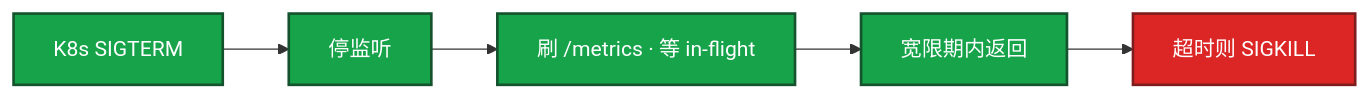
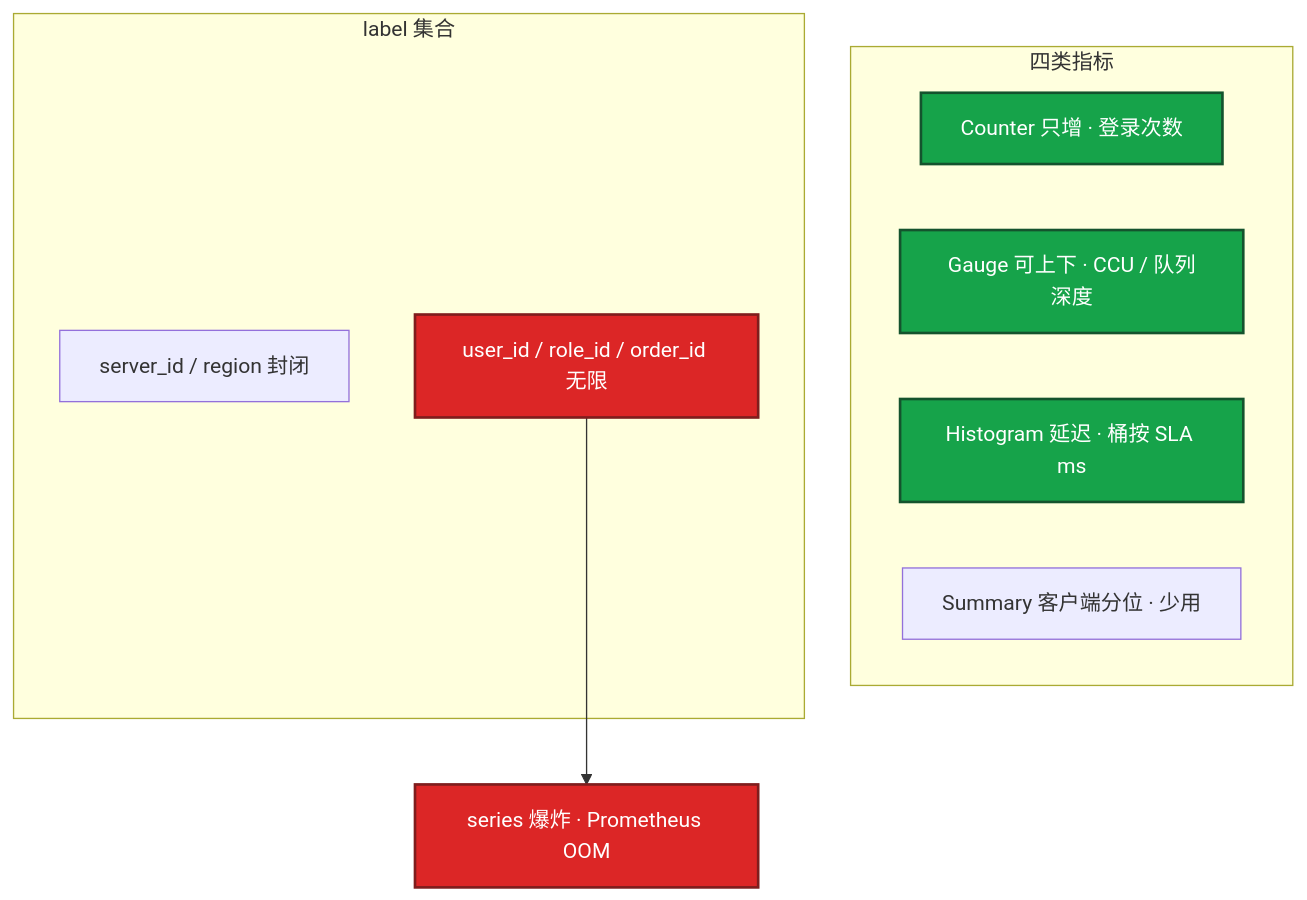
One commit to ml-cuizijun/LearnToLilith changed the third of 6 diagrams in 06-开发能力/03-Go运维工具/知识点.md. Above: the diagram before and after it, drawn with Mermaid. The commit also changed other lines of this file and 213 other files, not shown here.

````diff
--- a/06-开发能力/03-Go运维工具/知识点.md
+++ b/06-开发能力/03-Go运维工具/知识点.md
@@ -191,12 +326,19 @@
 ```mermaid
-flowchart LR
-    A[K8s SIGTERM] --> B[停监听]
-    B --> C[刷 /metrics · 等 in-flight]
-    C --> D[宽限期内返回]
-    D --> E[超时则 SIGKILL]
+flowchart TB
+    subgraph types ["四类指标"]
+        c[Counter 只增 · 登录次数]
+        g[Gauge 可上下 · CCU / 队列深度]
+        h[Histogram 延迟 · 桶按 SLA ms]
+        s[Summary 客户端分位 · 少用]
+    end
+    subgraph labels ["label 集合"]
+        ok[server_id / region 封闭]
+        bad[user_id / role_id / order_id 无限]
+    end
+    bad --> oom[series 爆炸 · Prometheus OOM]
 
-    classDef ok fill:#16A34A,stroke:#14532D,stroke-width:2px,color:#fff
-    classDef bad fill:#DC2626,stroke:#7F1D1D,stroke-width:2px,color:#fff
-    class A,B,C,D ok
-    class E bad
+    classDef good fill:#16A34A,stroke:#14532D,stroke-width:2px,color:#fff
+    classDef danger fill:#DC2626,stroke:#7F1D1D,stroke-width:2px,color:#fff
+    class c,g,h good
+    class bad,oom danger
 ```
````
